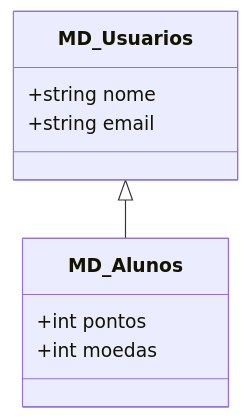
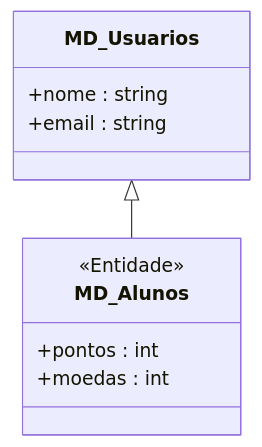
The first of 2 diagrams in PIM_III/02_Modelagem_UML_Astah/UC02_Cadastrar_Usuario/README.md (MayconDIS/PIM_III-Documentacao_UML), drawn with Mermaid before and after one commit. The commit also changed other lines of this file and 17 other files, not shown here.

````diff
--- a/PIM_III/02_Modelagem_UML_Astah/UC02_Cadastrar_Usuario/README.md
+++ b/PIM_III/02_Modelagem_UML_Astah/UC02_Cadastrar_Usuario/README.md
@@ -33,12 +31,13 @@
 ```mermaid
 classDiagram
     MD_Usuarios <|-- MD_Alunos
     class MD_Usuarios {
-        +string nome
-        +string email
+        +nome : string
+        +email : string
     }
     class MD_Alunos {
-        +int pontos
-        +int moedas
+        <<Entidade>>
+        +pontos : int
+        +moedas : int
     }
 ```
````
